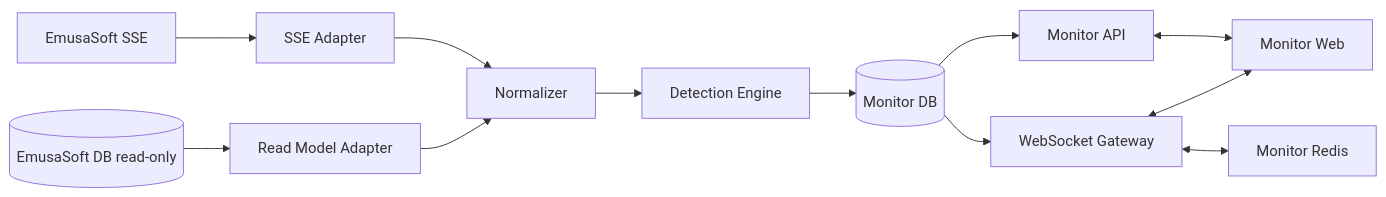
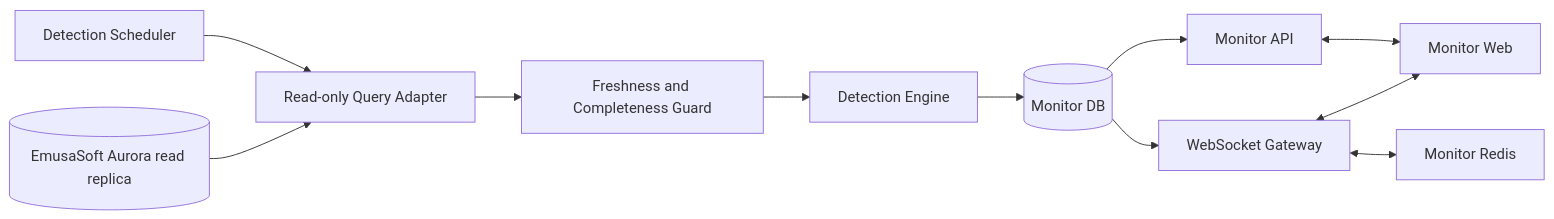
One commit to mariofishman/dashboard_planta changed the diagram in docs/monitor_architecture_and_production_roadmap.md. Above: the diagram before and after it, drawn with Mermaid. The commit also changed other lines of this file and 11 other files, not shown here.

First line of the commit message:
Align Monitor integration architecture and documentation (#2)

````diff
--- a/docs/monitor_architecture_and_production_roadmap.md
+++ b/docs/monitor_architecture_and_production_roadmap.md
@@ -382,14 +385,13 @@
 ```mermaid
 flowchart LR
-    ESSE["EmusaSoft SSE"] --> SA["SSE Adapter"]
-    EDB[("EmusaSoft DB read-only")] --> RA["Read Model Adapter"]
-    SA --> N["Normalizer"]
-    RA --> N
-    N --> DE["Detection Engine"]
+    SCH["Detection Scheduler"] --> RA["Read-only Query Adapter"]
+    EDB[("EmusaSoft Aurora read replica")] --> RA
+    RA --> FG["Freshness and Completeness Guard"]
+    FG --> DE["Detection Engine"]
     DE --> MDB[("Monitor DB")]
     MDB --> API["Monitor API"]
     MDB --> WS["WebSocket Gateway"]
     WS <--> MR["Monitor Redis"]
     API <--> WEB["Monitor Web"]
     WS <--> WEB
 ```
````
